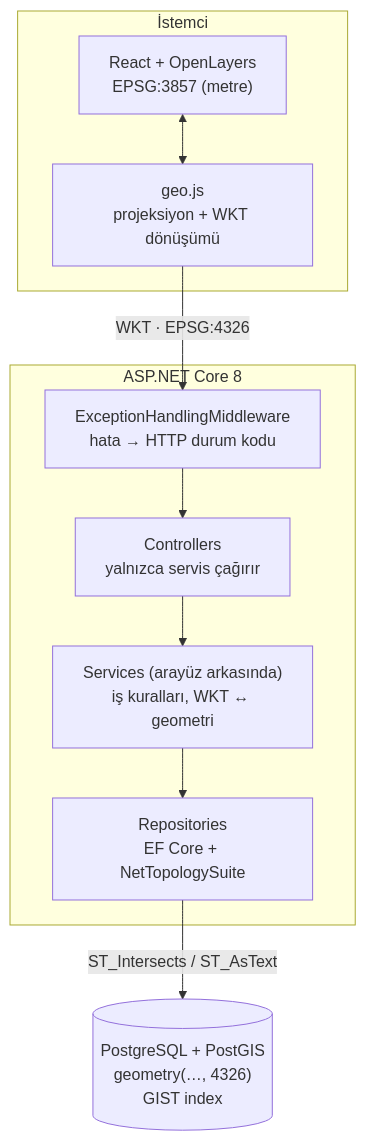
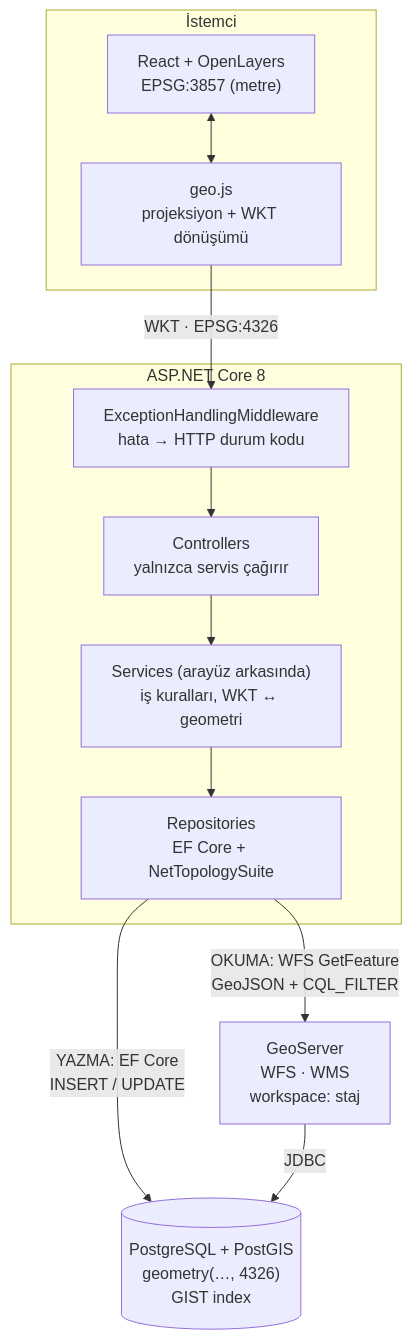
Before and after one commit to AzraES04/map_app: the first of 2 diagrams in README.md, drawn with Mermaid. The commit also changed other lines of this file and 148 other files, not shown here.

````diff
--- a/README.md
+++ b/README.md
@@ -39,21 +53,24 @@
 ```mermaid
 flowchart TB
     subgraph İstemci
         UI["React + OpenLayers<br/>EPSG:3857 (metre)"]
         GEO["geo.js<br/>projeksiyon + WKT dönüşümü"]
         UI <--> GEO
     end
 
     subgraph Sunucu["ASP.NET Core 8"]
         MW["ExceptionHandlingMiddleware<br/>hata → HTTP durum kodu"]
         CTRL["Controllers<br/>yalnızca servis çağırır"]
         SRV["Services (arayüz arkasında)<br/>iş kuralları, WKT ↔ geometri"]
         REPO["Repositories<br/>EF Core + NetTopologySuite"]
         MW --> CTRL --> SRV --> REPO
     end
 
+    GS["GeoServer<br/>WFS · WMS<br/>workspace: staj"]
     DB[("PostgreSQL + PostGIS<br/>geometry(…, 4326)<br/>GIST index")]
 
     GEO -- "WKT · EPSG:4326" --> MW
-    REPO -- "ST_Intersects / ST_AsText" --> DB
+    REPO -- "OKUMA: WFS GetFeature<br/>GeoJSON + CQL_FILTER" --> GS
+    REPO -- "YAZMA: EF Core<br/>INSERT / UPDATE" --> DB
+    GS -- "JDBC" --> DB
 ```
````
